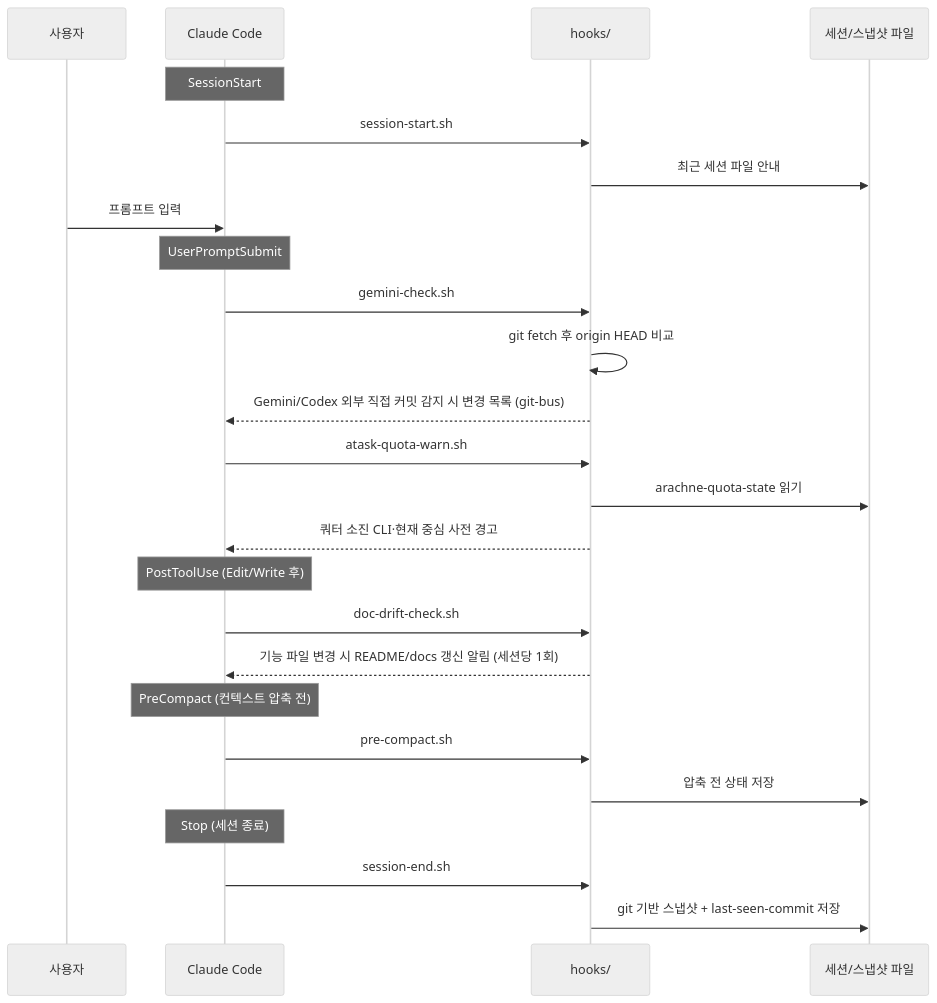
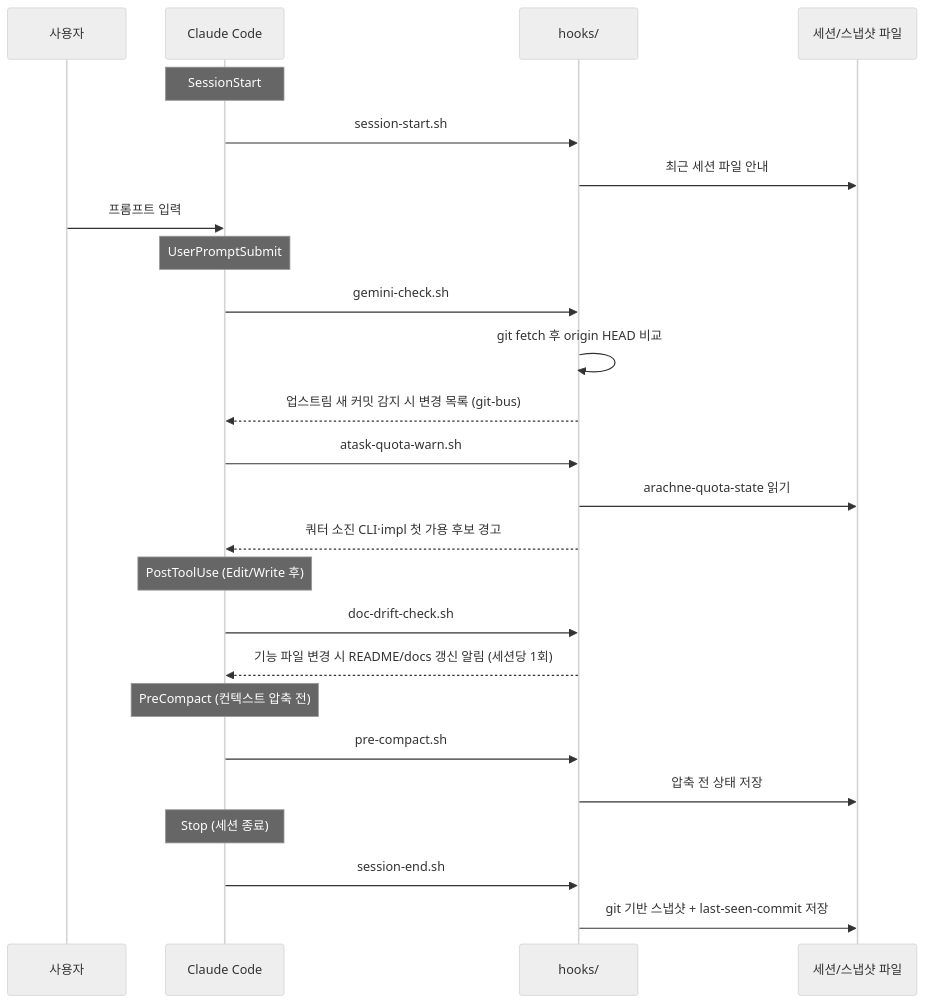
Before and after one commit to jomarusoup/Arachne: the third of 5 diagrams in docs/ARCHITECTURE.md, drawn with Mermaid (neutral theme). The commit also changed other lines of this file and 11 other files, not shown here.

````diff
--- a/docs/ARCHITECTURE.md
+++ b/docs/ARCHITECTURE.md
@@ -231,32 +235,32 @@
 ```mermaid
 sequenceDiagram
     participant U as 사용자
     participant CC as Claude Code
     participant H as hooks/
     participant FS as 세션/스냅샷 파일
 
     Note over CC: SessionStart
     CC->>H: session-start.sh
     H->>FS: 최근 세션 파일 안내
 
     U->>CC: 프롬프트 입력
     Note over CC: UserPromptSubmit
     CC->>H: gemini-check.sh
     H->>H: git fetch 후 origin HEAD 비교
-    H-->>CC: Gemini/Codex 외부 직접 커밋 감지 시 변경 목록 (git-bus)
+    H-->>CC: 업스트림 새 커밋 감지 시 변경 목록 (git-bus)
     CC->>H: atask-quota-warn.sh
     H->>FS: arachne-quota-state 읽기
-    H-->>CC: 쿼터 소진 CLI·현재 중심 사전 경고
+    H-->>CC: 쿼터 소진 CLI·impl 첫 가용 후보 경고
 
     Note over CC: PostToolUse (Edit/Write 후)
     CC->>H: doc-drift-check.sh
     H-->>CC: 기능 파일 변경 시 README/docs 갱신 알림 (세션당 1회)
 
     Note over CC: PreCompact (컨텍스트 압축 전)
     CC->>H: pre-compact.sh
     H->>FS: 압축 전 상태 저장
 
     Note over CC: Stop (세션 종료)
     CC->>H: session-end.sh
     H->>FS: git 기반 스냅샷 + last-seen-commit 저장
 ```
````
